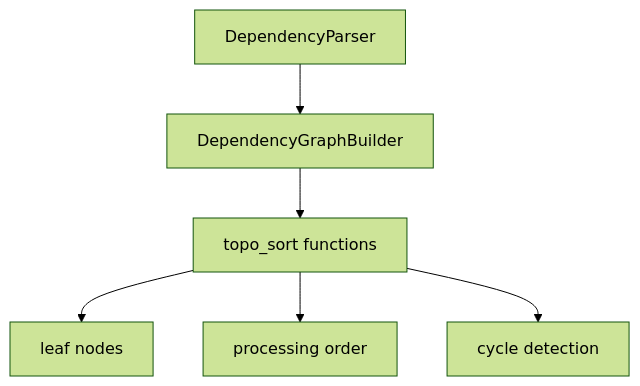
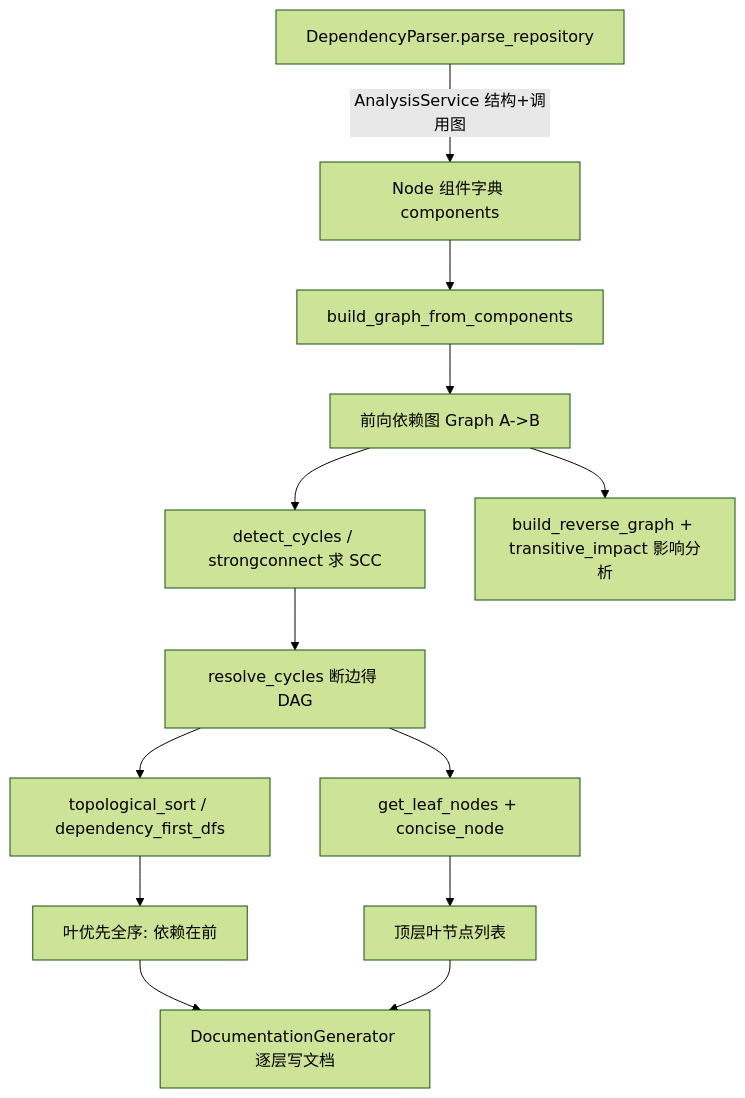
The diagram in repowiki/wiki/modules/GraphAndSort.md (mambo-wang/CodeWiki-Plus), drawn with Mermaid (forest theme) before and after one commit. The commit also changed other lines of this file and 36 other files, not shown here.

````diff
--- a/repowiki/wiki/modules/GraphAndSort.md
+++ b/repowiki/wiki/modules/GraphAndSort.md
@@ -17,8 +75,15 @@
 ```mermaid
-graph TB
-    A[DependencyParser] --> B[DependencyGraphBuilder]
-    B --> C[topo_sort functions]
-    C --> D[leaf nodes]
-    C --> E[processing order]
-    C --> F[cycle detection]
+flowchart TD
+    A[DependencyParser.parse_repository] -->|AnalysisService 结构+调用图| B[Node 组件字典 components]
+    B --> C[build_graph_from_components]
+    C --> D[前向依赖图 Graph A->B]
+    D --> E[detect_cycles / strongconnect 求 SCC]
+    E --> F[resolve_cycles 断边得 DAG]
+    F --> G[topological_sort / dependency_first_dfs]
+    F --> H[get_leaf_nodes + concise_node]
+    G --> I[叶优先全序: 依赖在前]
+    H --> J[顶层叶节点列表]
+    I --> K[DocumentationGenerator 逐层写文档]
+    J --> K
+    D --> L[build_reverse_graph + transitive_impact 影响分析]
 ```
````
